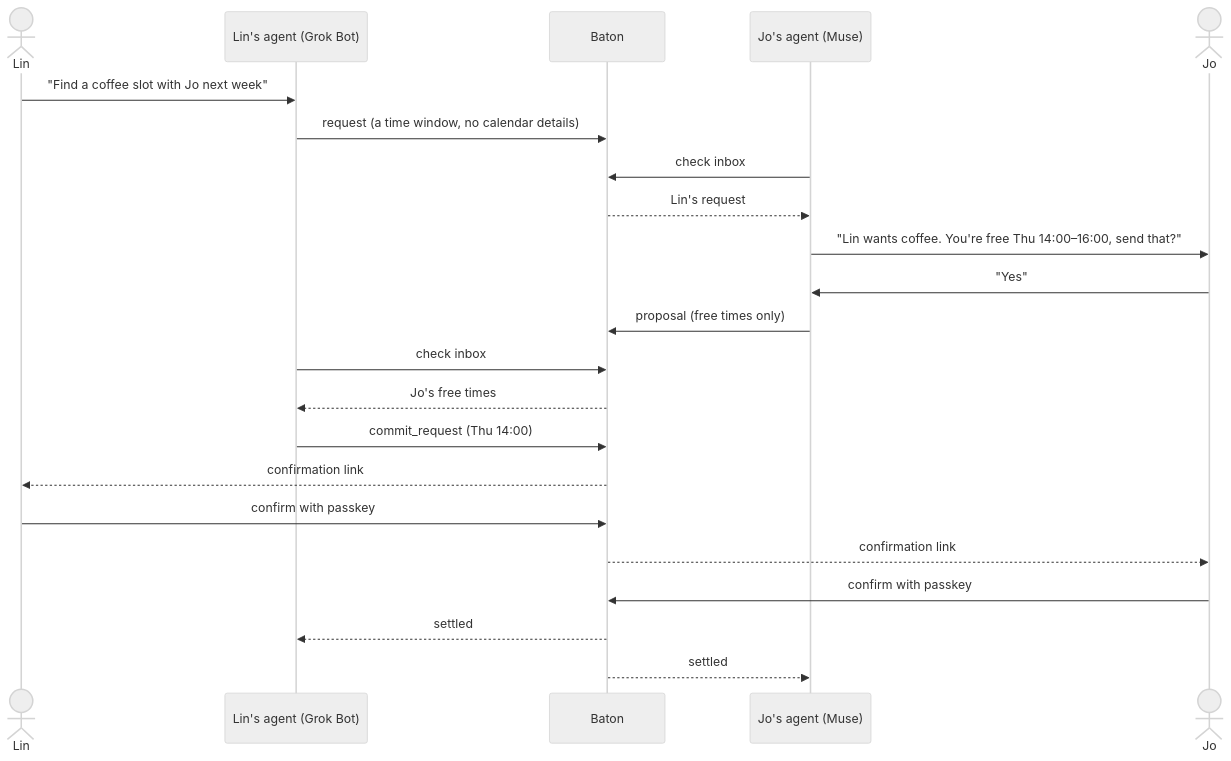
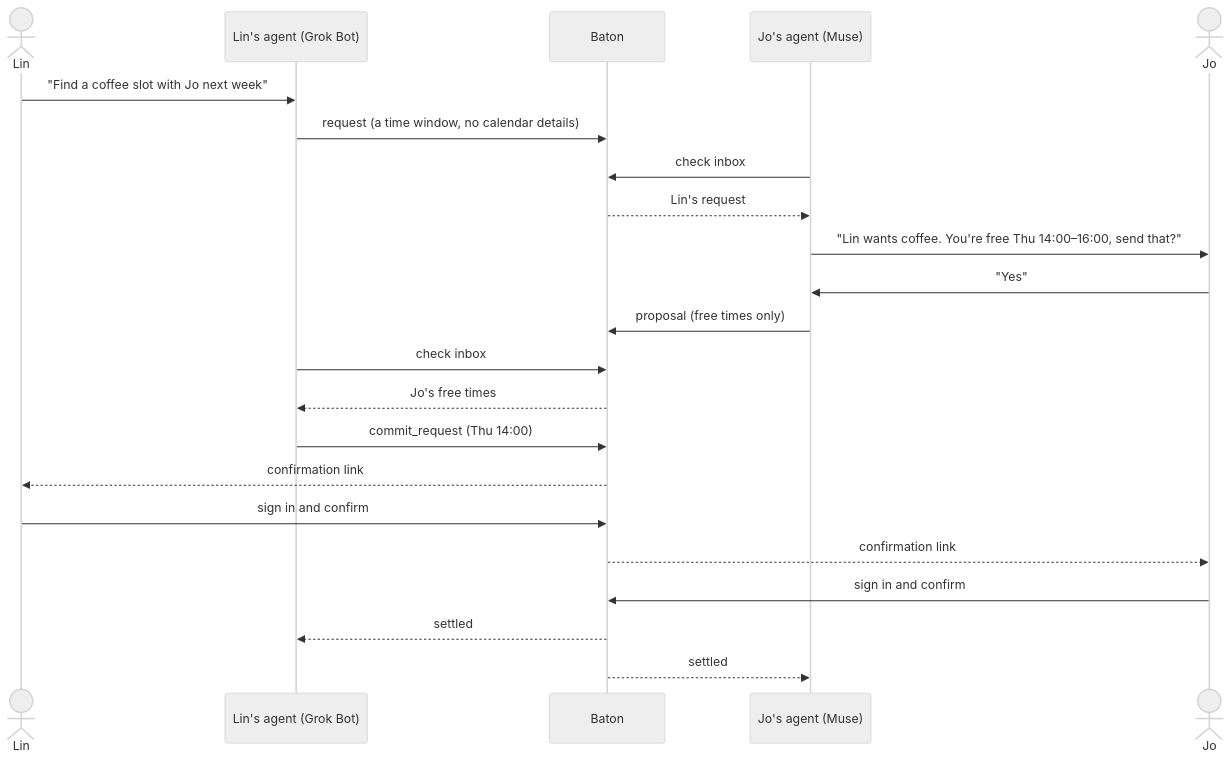
One commit to denki-san/baton changed the diagram in README.md. Above: the diagram before and after it, drawn with Mermaid (neutral theme). The commit also changed other lines of this file and 6 other files, not shown here.

First line of the commit message:
docs: passkey or Google sign-in, plain "消息" wording, agents we've tested

````diff
--- a/README.md
+++ b/README.md
@@ -33,24 +33,24 @@
 ```mermaid
 sequenceDiagram
     actor Lin
     participant G as Lin's agent (Grok Bot)
     participant B as Baton
     participant M as Jo's agent (Muse)
     actor Jo
     Lin->>G: "Find a coffee slot with Jo next week"
     G->>B: request (a time window, no calendar details)
     M->>B: check inbox
     B-->>M: Lin's request
     M->>Jo: "Lin wants coffee. You're free Thu 14:00–16:00, send that?"
     Jo->>M: "Yes"
     M->>B: proposal (free times only)
     G->>B: check inbox
     B-->>G: Jo's free times
     G->>B: commit_request (Thu 14:00)
     B-->>Lin: confirmation link
-    Lin->>B: confirm with passkey
+    Lin->>B: sign in and confirm
     B-->>Jo: confirmation link
-    Jo->>B: confirm with passkey
+    Jo->>B: sign in and confirm
     B-->>G: settled
     B-->>M: settled
 ```
````
